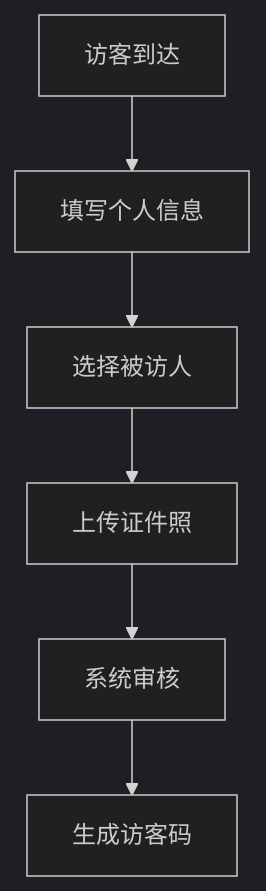
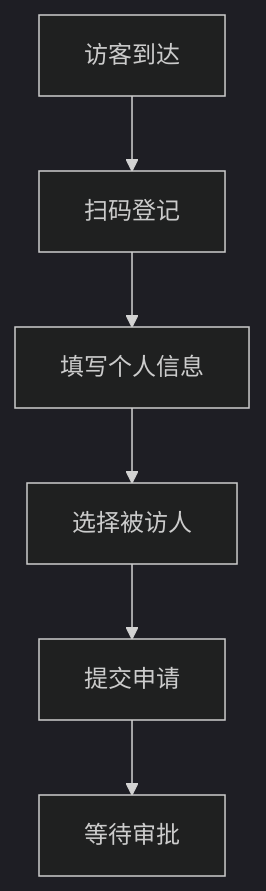
The first of 2 diagrams in devel/requirement.md (yuhaibao39/n8ndeploy), drawn with Mermaid (dark theme) before and after one commit. The commit also changed other lines of this file, not shown here.

````diff
--- a/devel/requirement.md
+++ b/devel/requirement.md
@@ -34,8 +20,8 @@
 ```mermaid
-graph TD
-    A[访客到达] --> B[填写个人信息]
-    B --> C[选择被访人]
-    C --> D[上传证件照]
-    D --> E[系统审核]
-    E --> F[生成访客码]
+flowchart TD
+    A[访客到达] --> B[扫码登记]
+    B --> C[填写个人信息]
+    C --> D[选择被访人]
+    D --> E[提交申请]
+    E --> F[等待审批]
 ```
````
